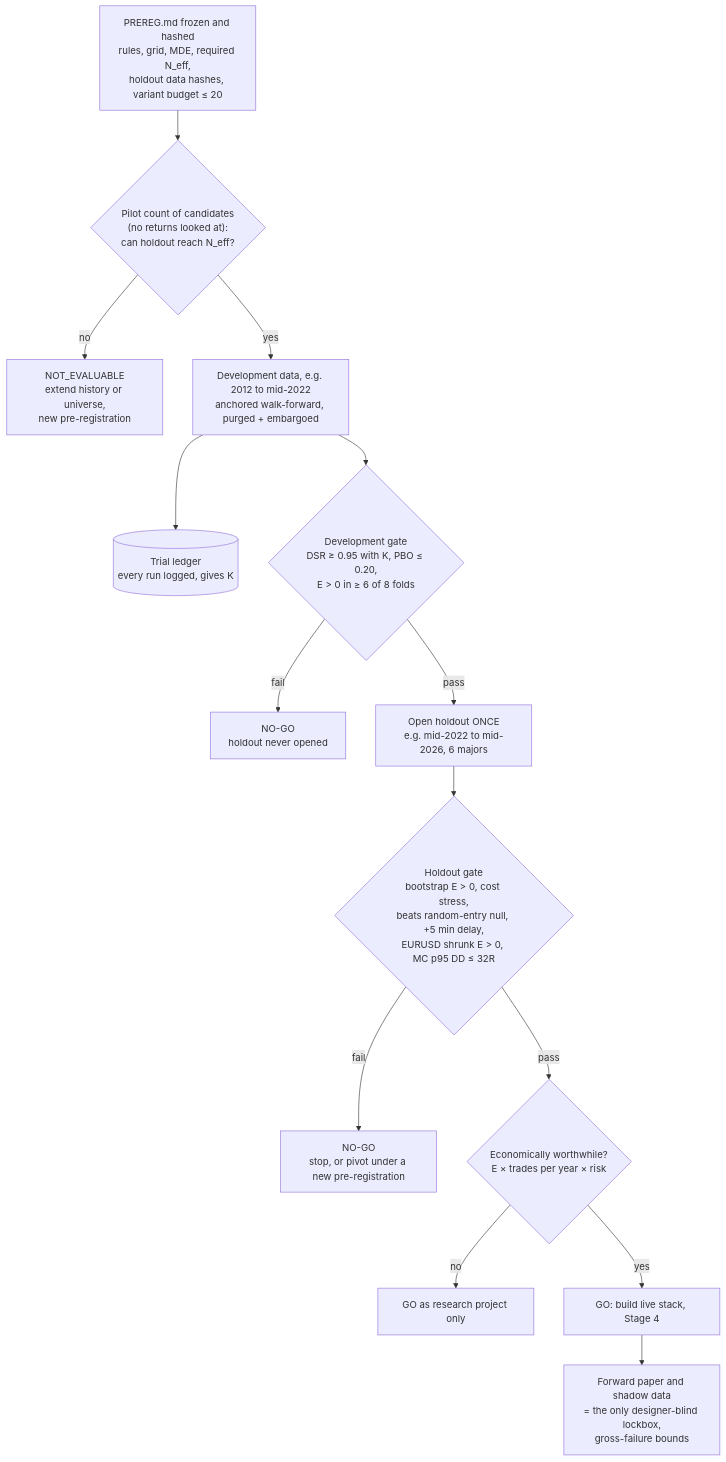
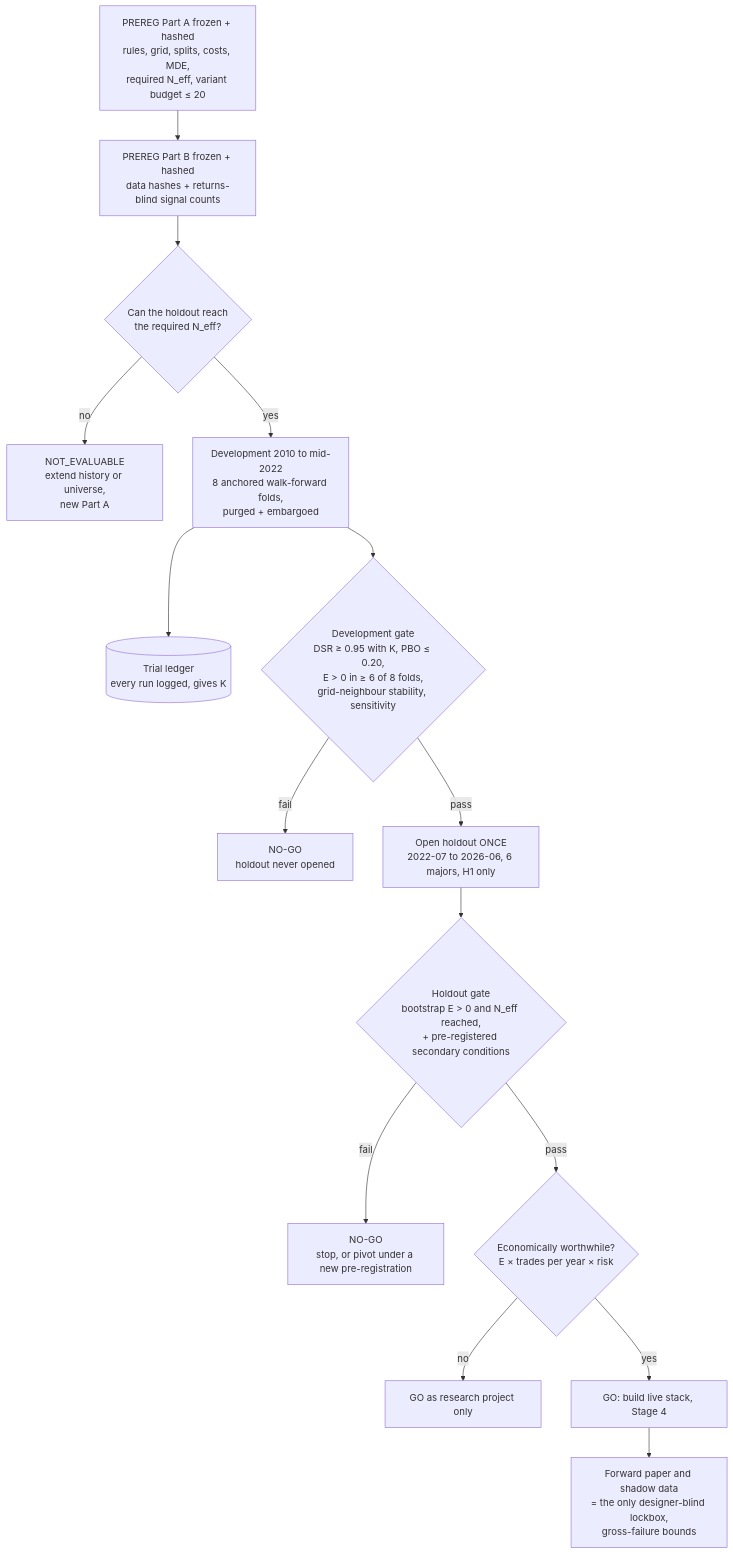
Before and after one commit to Nathi247/brazilian-real-estate-analysis: the ninth of 11 diagrams in aegis-fx/PLAN.md, drawn with Mermaid. The commit also changed other lines of this file and 2 other files, not shown here.

First line of the commit message:
Revise AEGIS-FX V4 plan after second verification pass

````diff
--- a/aegis-fx/PLAN.md
+++ b/aegis-fx/PLAN.md
@@ -679,16 +917,17 @@
 ```mermaid
 flowchart TD
-  P["PREREG.md frozen and hashed<br/>rules, grid, MDE, required N_eff,<br/>holdout data hashes, variant budget ≤ 20"] --> PC{"Pilot count of candidates<br/>(no returns looked at):<br/>can holdout reach N_eff?"}
-  PC -- "no" --> NEV["NOT_EVALUABLE<br/>extend history or universe,<br/>new pre-registration"]
-  PC -- "yes" --> DEV["Development data, e.g. 2012 to mid-2022<br/>anchored walk-forward, purged + embargoed"]
+  PA["PREREG Part A frozen + hashed<br/>rules, grid, splits, costs, MDE,<br/>required N_eff, variant budget ≤ 20"] --> PB["PREREG Part B frozen + hashed<br/>data hashes + returns-blind signal counts"]
+  PB --> PC{"Can the holdout reach<br/>the required N_eff?"}
+  PC -- "no" --> NEV["NOT_EVALUABLE<br/>extend history or universe,<br/>new Part A"]
+  PC -- "yes" --> DEV["Development 2010 to mid-2022<br/>8 anchored walk-forward folds,<br/>purged + embargoed"]
   DEV --> TL[("Trial ledger<br/>every run logged, gives K")]
-  DEV --> DG{"Development gate<br/>DSR ≥ 0.95 with K, PBO ≤ 0.20,<br/>E > 0 in ≥ 6 of 8 folds"}
+  DEV --> DG{"Development gate<br/>DSR ≥ 0.95 with K, PBO ≤ 0.20,<br/>E > 0 in ≥ 6 of 8 folds,<br/>grid-neighbour stability, sensitivity"}
   DG -- "fail" --> NG1["NO-GO<br/>holdout never opened"]
-  DG -- "pass" --> HO["Open holdout ONCE<br/>e.g. mid-2022 to mid-2026, 6 majors"]
-  HO --> HG{"Holdout gate<br/>bootstrap E > 0, cost stress,<br/>beats random-entry null, +5 min delay,<br/>EURUSD shrunk E > 0, MC p95 DD ≤ 32R"}
+  DG -- "pass" --> HO["Open holdout ONCE<br/>2022-07 to 2026-06, 6 majors, H1 only"]
+  HO --> HG{"Holdout gate<br/>bootstrap E > 0 and N_eff reached,<br/>+ pre-registered secondary conditions"}
   HG -- "fail" --> NG2["NO-GO<br/>stop, or pivot under a new pre-registration"]
   HG -- "pass" --> EW{"Economically worthwhile?<br/>E × trades per year × risk"}
   EW -- "no" --> RO["GO as research project only"]
   EW -- "yes" --> GO["GO: build live stack, Stage 4"]
   GO --> FWD["Forward paper and shadow data<br/>= the only designer-blind lockbox,<br/>gross-failure bounds"]
 ```
````
